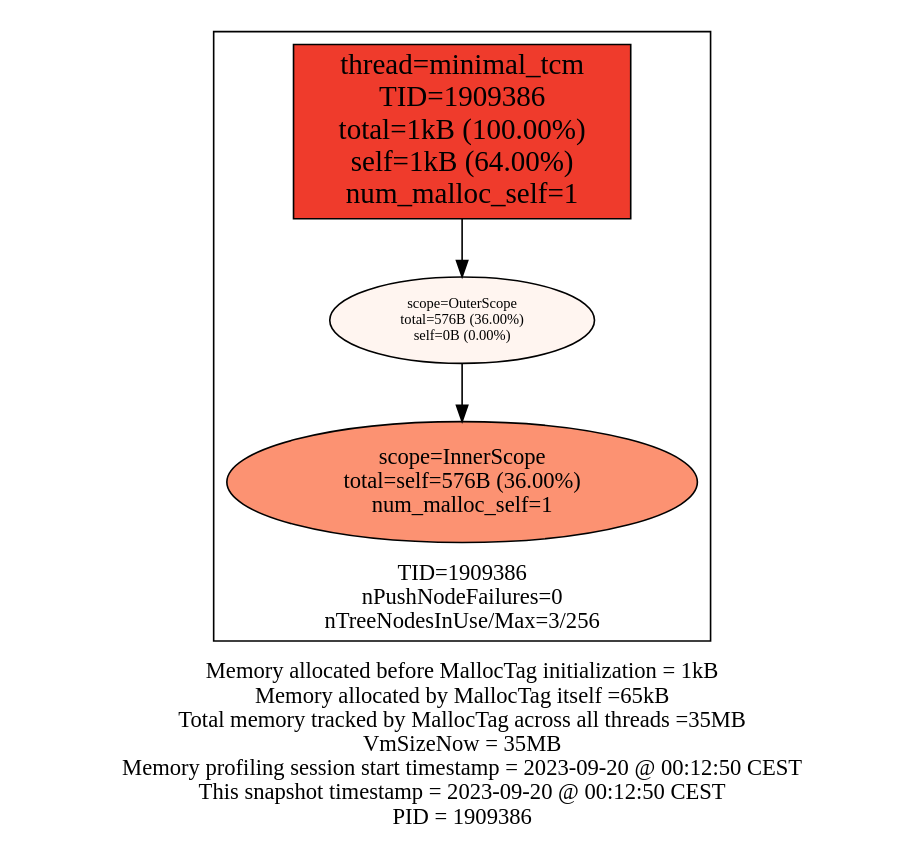
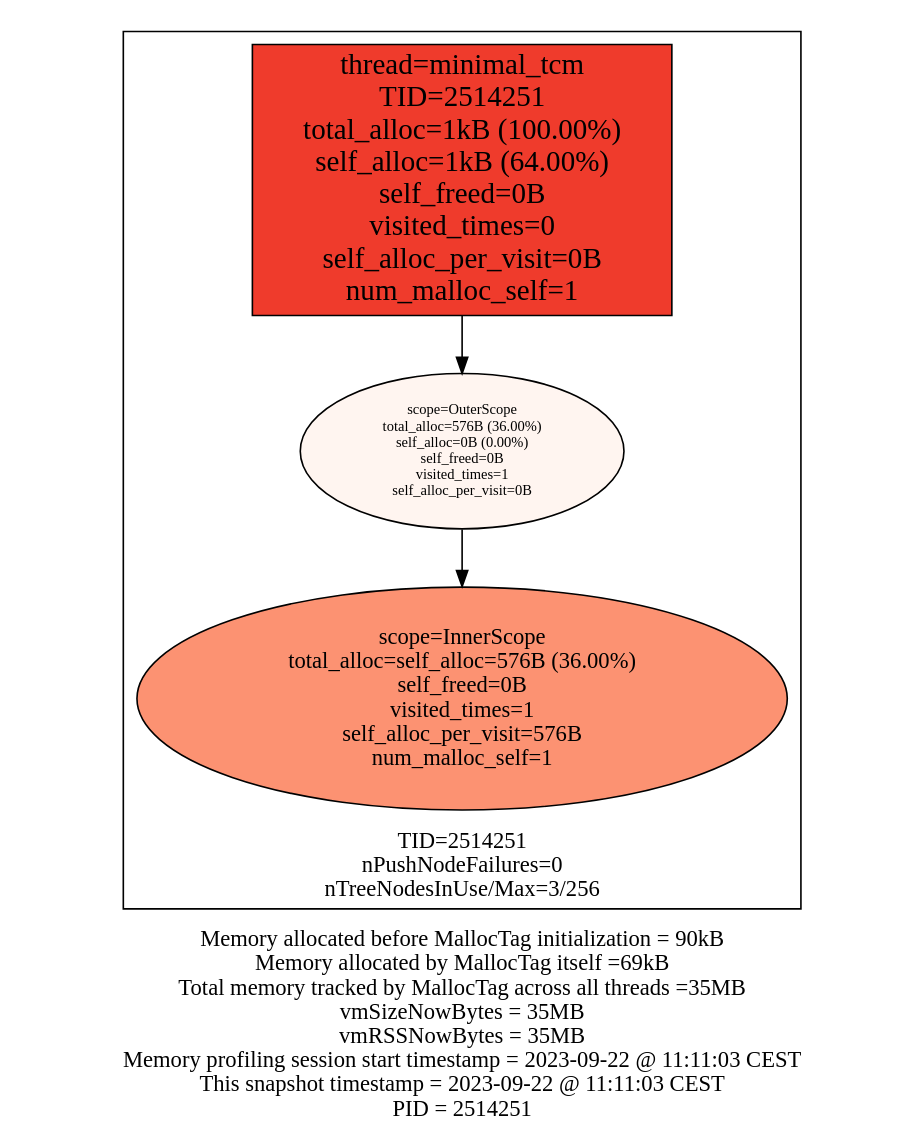
The diagram in examples/malloctag_and_tcmalloc/malloctag_and_tcmalloc_stats.dot (f18m/malloc-tag), drawn with Graphviz before and after one commit. The commit also changed 20 other files, not shown here.

```diff
--- a/examples/malloctag_and_tcmalloc/malloctag_and_tcmalloc_stats.dot
+++ b/examples/malloctag_and_tcmalloc/malloctag_and_tcmalloc_stats.dot
@@ -1,16 +1,16 @@
 digraph MallocTree {
  node [colorscheme=reds9 style=filled]
- subgraph cluster_TID1909386 {
+ subgraph cluster_TID2514251 {
   node [colorscheme=reds9 style=filled]
   labelloc="b"
-  label="TID=1909386\nnPushNodeFailures=0\nnTreeNodesInUse/Max=3/256\n"
-  "1909386_minimal_tcm" [label="thread=minimal_tcm\nTID=1909386\ntotal=1kB (100.00%)\nself=1kB (64.00%)\nnum_malloc_self=1" shape=box fillcolor=6 fontsize=18]
-  "1909386_minimal_tcm" -> "1909386_OuterScope"
-  "1909386_OuterScope" [label="scope=OuterScope\ntotal=576B (36.00%)\nself=0B (0.00%)" fillcolor=1 fontsize=9]
-  "1909386_OuterScope" -> "1909386_InnerScope"
-  "1909386_InnerScope" [label="scope=InnerScope\ntotal=self=576B (36.00%)\nnum_malloc_self=1" fillcolor=4 fontsize=14]
+  label="TID=2514251\nnPushNodeFailures=0\nnTreeNodesInUse/Max=3/256\n"
+  "2514251_minimal_tcm" [label="thread=minimal_tcm\nTID=2514251\ntotal_alloc=1kB (100.00%)\nself_alloc=1kB (64.00%)\nself_freed=0B\nvisited_times=0\nself_alloc_per_visit=0B\nnum_malloc_self=1" shape=box fillcolor=6 fontsize=18]
+  "2514251_minimal_tcm" -> "2514251_OuterScope"
+  "2514251_OuterScope" [label="scope=OuterScope\ntotal_alloc=576B (36.00%)\nself_alloc=0B (0.00%)\nself_freed=0B\nvisited_times=1\nself_alloc_per_visit=0B" fillcolor=1 fontsize=9]
+  "2514251_OuterScope" -> "2514251_InnerScope"
+  "2514251_InnerScope" [label="scope=InnerScope\ntotal_alloc=self_alloc=576B (36.00%)\nself_freed=0B\nvisited_times=1\nself_alloc_per_visit=576B\nnum_malloc_self=1" fillcolor=4 fontsize=14]
  }
 
  labelloc="b"
- label="Memory allocated before MallocTag initialization = 1kB\nMemory allocated by MallocTag itself =65kB\nTotal memory tracked by MallocTag across all threads =35MB\nVmSizeNow = 35MB\nMemory profiling session start timestamp = 2023-09-20 @ 00:12:50 CEST\nThis snapshot timestamp = 2023-09-20 @ 00:12:50 CEST\nPID = 1909386\n"
+ label="Memory allocated before MallocTag initialization = 90kB\nMemory allocated by MallocTag itself =69kB\nTotal memory tracked by MallocTag across all threads =35MB\nvmSizeNowBytes = 35MB\nvmRSSNowBytes = 35MB\nMemory profiling session start timestamp = 2023-09-22 @ 11:11:03 CEST\nThis snapshot timestamp = 2023-09-22 @ 11:11:03 CEST\nPID = 2514251\n"
 }
```
